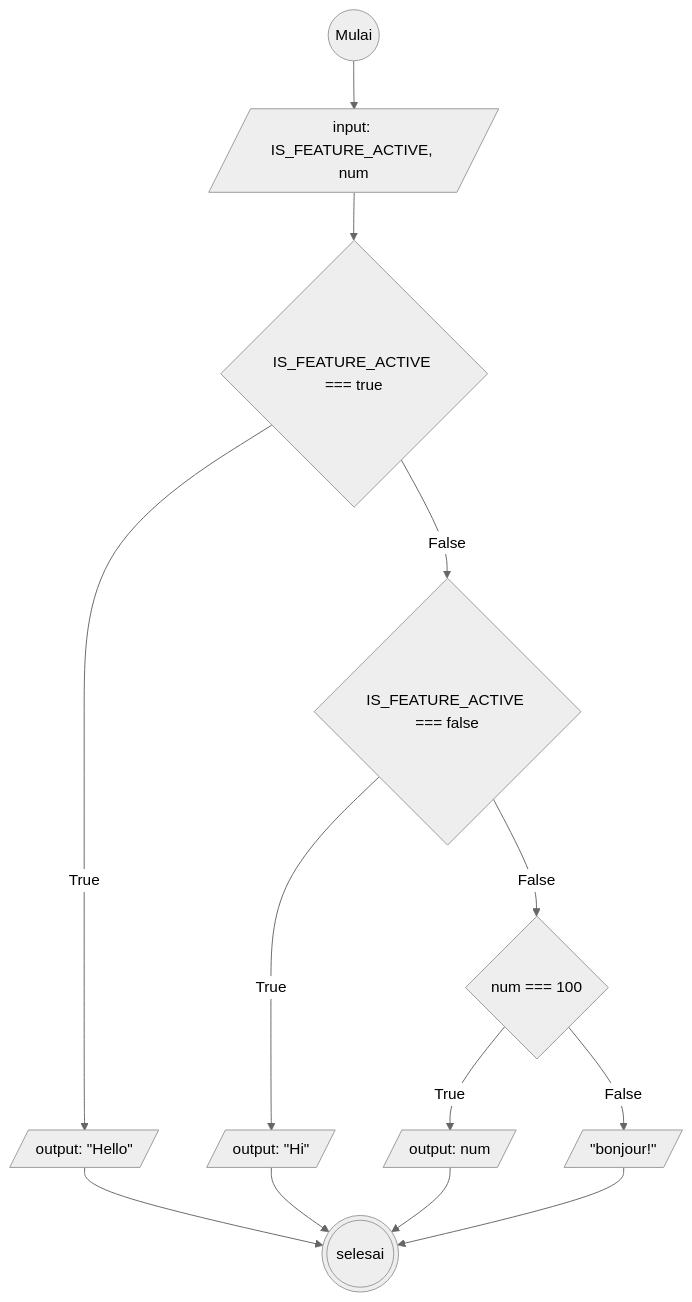
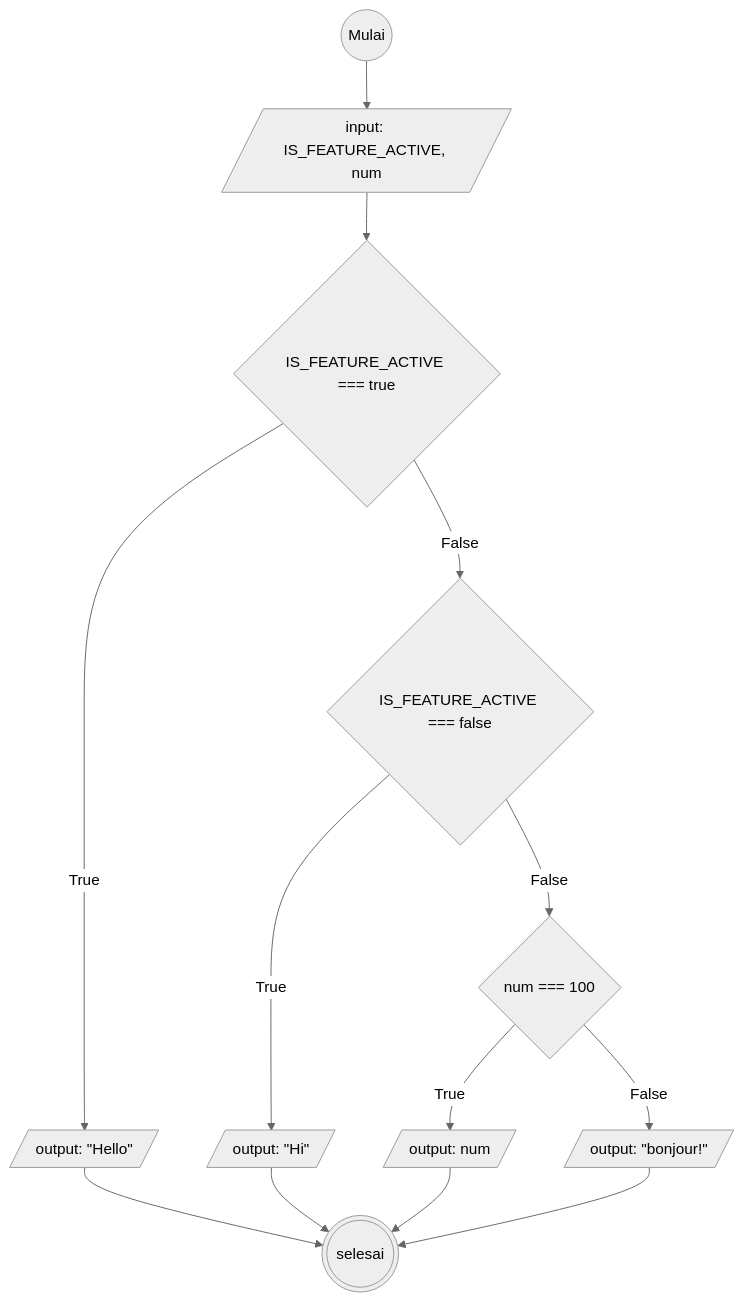
Before and after one commit to Arif14377/koda-b6-javascript1: the diagram in flowchart-switch.md, drawn with Mermaid (neutral theme).

````diff
--- a/flowchart-switch.md
+++ b/flowchart-switch.md
@@ -3,29 +3,29 @@
 ```mermaid
 flowchart TD
 
 start@{shape: circle, label: "Mulai"}
 input@{shape: lean-r, label: "input: IS_FEATURE_ACTIVE, num"}
 isActive@{shape: diamond, label: "IS_FEATURE_ACTIVE === true"}
 isActive2@{shape: diamond, label: "IS_FEATURE_ACTIVE === false"}
 active@{shape: lean-r, label: 'output: "Hello"'}
 nonactive@{shape: lean-r, label: 'output: "Hi"'}
 isNum100@{shape: diamond, label: "num === 100"}
 100@{shape: lean-r, label: "output: num"}
-bonjour@{shape: lean-r, label: '"bonjour!"'}
+bonjour@{shape: lean-r, label: 'output: "bonjour!"'}
 stop@{shape: dbl-circ, label: "selesai"}
 
 
 start-->input
 input-->isActive
 isActive--True-->active
 isActive--False-->isActive2
 isActive2--True-->nonactive
 isActive2--False-->isNum100
 isNum100--True-->100
 isNum100--False-->bonjour
 100-->stop
 bonjour-->stop
 active-->stop
 nonactive-->stop
 
 ```
````
